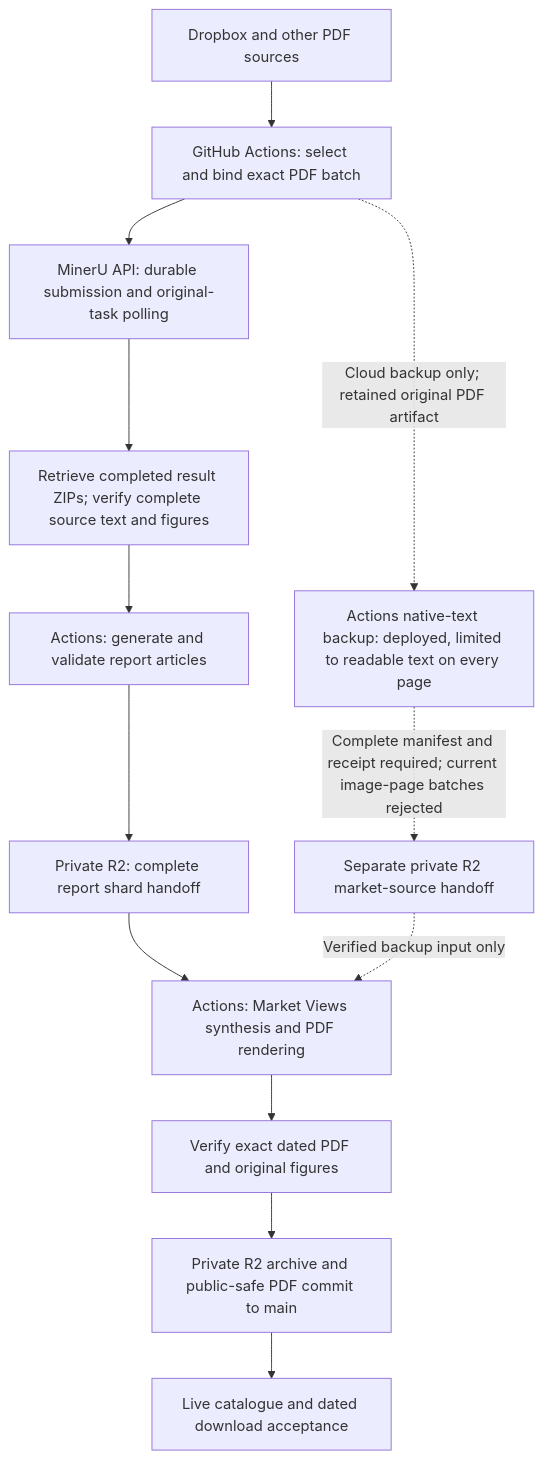
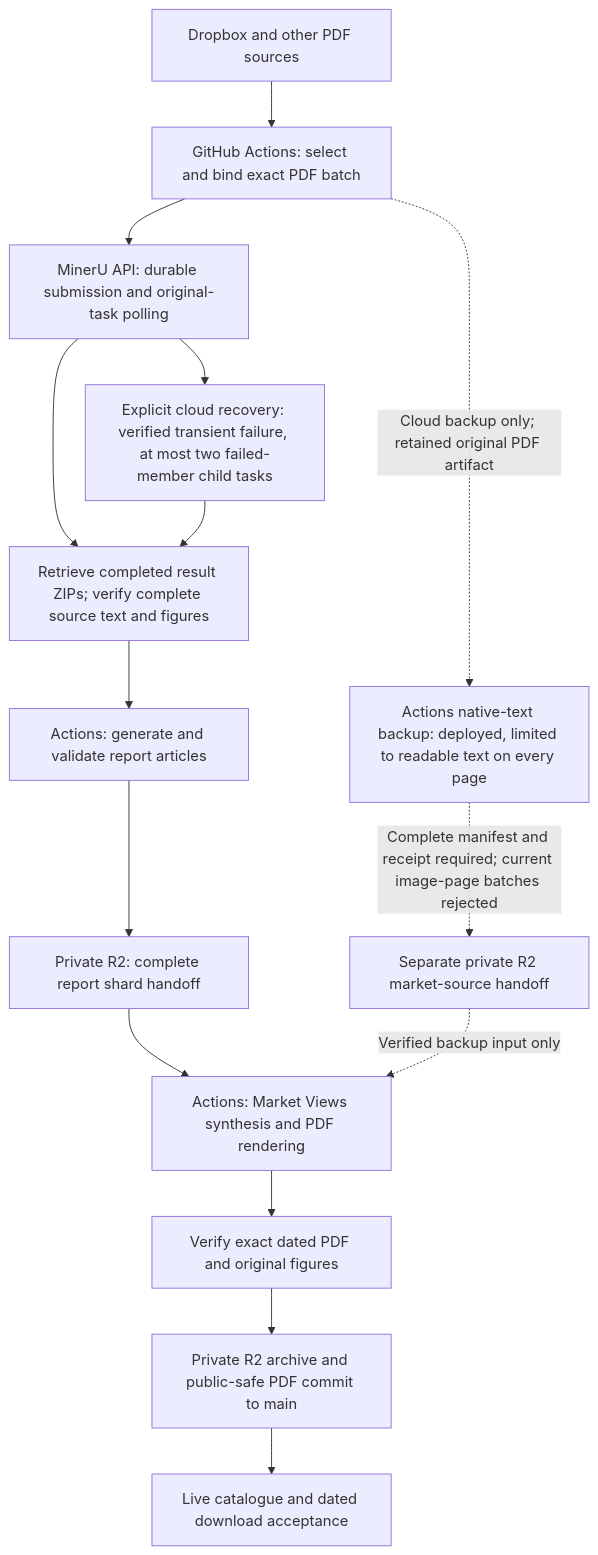
One commit to yt-feng/rpt_edit changed the diagram in docs/pipeline-overview-v2.md. Above: the diagram before and after it, drawn with Mermaid. The commit also changed other lines of this file and 13 other files, not shown here.

````diff
--- a/docs/pipeline-overview-v2.md
+++ b/docs/pipeline-overview-v2.md
@@ -21,15 +21,17 @@
 ```mermaid
 flowchart TD
   A["Dropbox and other PDF sources"] --> B["GitHub Actions: select and bind exact PDF batch"]
   B --> C["MinerU API: durable submission and original-task polling"]
   C --> D["Retrieve completed result ZIPs; verify complete source text and figures"]
+  C --> M["Explicit cloud recovery: verified transient failure, at most two failed-member child tasks"]
+  M --> D
   D --> E["Actions: generate and validate report articles"]
   E --> F["Private R2: complete report shard handoff"]
   F --> G["Actions: Market Views synthesis and PDF rendering"]
   G --> H["Verify exact dated PDF and original figures"]
   H --> I["Private R2 archive and public-safe PDF commit to main"]
   I --> J["Live catalogue and dated download acceptance"]
   B -. "Cloud backup only; retained original PDF artifact" .-> K["Actions native-text backup: deployed, limited to readable text on every page"]
   K -. "Complete manifest and receipt required; current image-page batches rejected" .-> L["Separate private R2 market-source handoff"]
   L -. "Verified backup input only" .-> G
 ```
````
